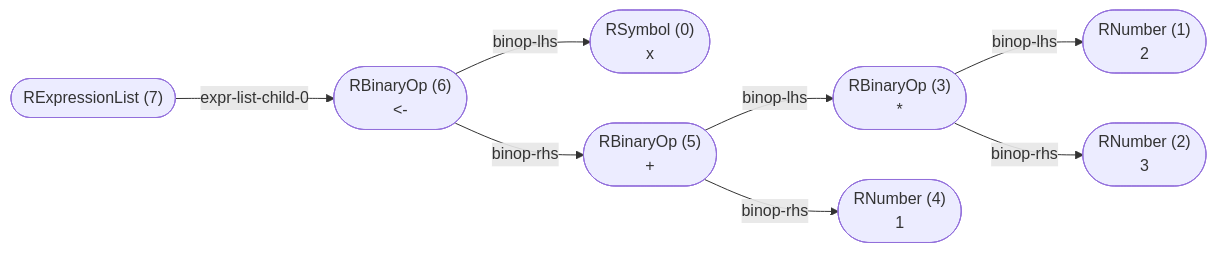
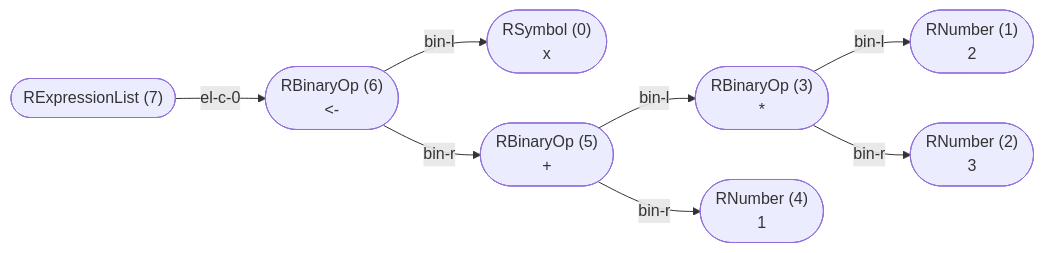
The first of 3 diagrams in wiki/Normalized AST.md (flowr-analysis/flowr), drawn with Mermaid before and after one commit. The commit also changed other lines of this file and 7 other files, not shown here.

Commit message:
[skip ci] doc: update generated wiki pages (wiki/Query API.md,wiki/Normalized AST.md,wiki/Core.md,wiki/Interface.md,wiki/Dataflow Graph.md,wiki/Linter.md,wiki/[Linting Rule] Dead Code.md,wiki/Control Flow Graph.md)

````diff
--- a/wiki/Normalized AST.md
+++ b/wiki/Normalized AST.md
@@ -26,27 +26,27 @@
 ```mermaid
 flowchart LR
     n7(["RExpressionList (7)
  "])
     n6(["RBinaryOp (6)
 #60;#45;"])
-    n7 -->|"expr-list-child-0"| n6
+    n7 -->|"el-c-0"| n6
     n0(["RSymbol (0)
 x"])
-    n6 -->|"binop-lhs"| n0
+    n6 -->|"bin-l"| n0
     n5(["RBinaryOp (5)
 #43;"])
-    n6 -->|"binop-rhs"| n5
+    n6 -->|"bin-r"| n5
     n3(["RBinaryOp (3)
 #42;"])
-    n5 -->|"binop-lhs"| n3
+    n5 -->|"bin-l"| n3
     n1(["RNumber (1)
 2"])
-    n3 -->|"binop-lhs"| n1
+    n3 -->|"bin-l"| n1
     n2(["RNumber (2)
 3"])
-    n3 -->|"binop-rhs"| n2
+    n3 -->|"bin-r"| n2
     n4(["RNumber (4)
 1"])
-    n5 -->|"binop-rhs"| n4
+    n5 -->|"bin-r"| n4
 
 ```
````
